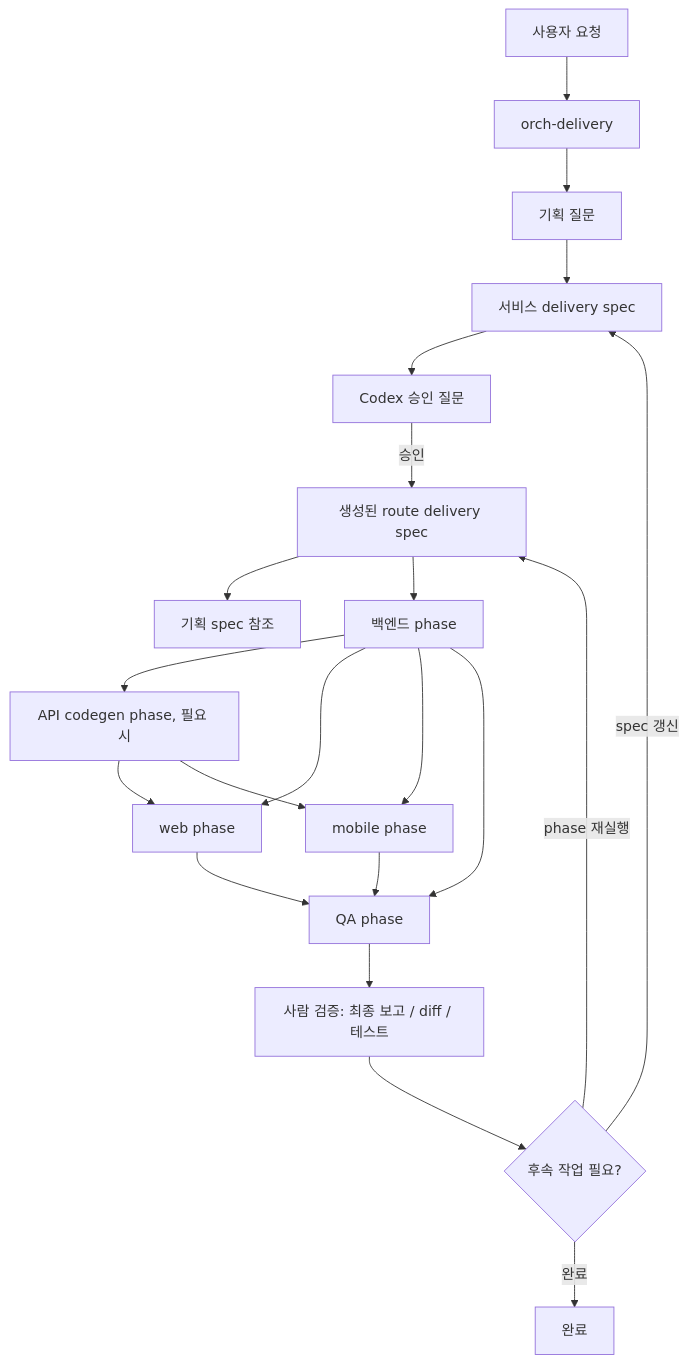
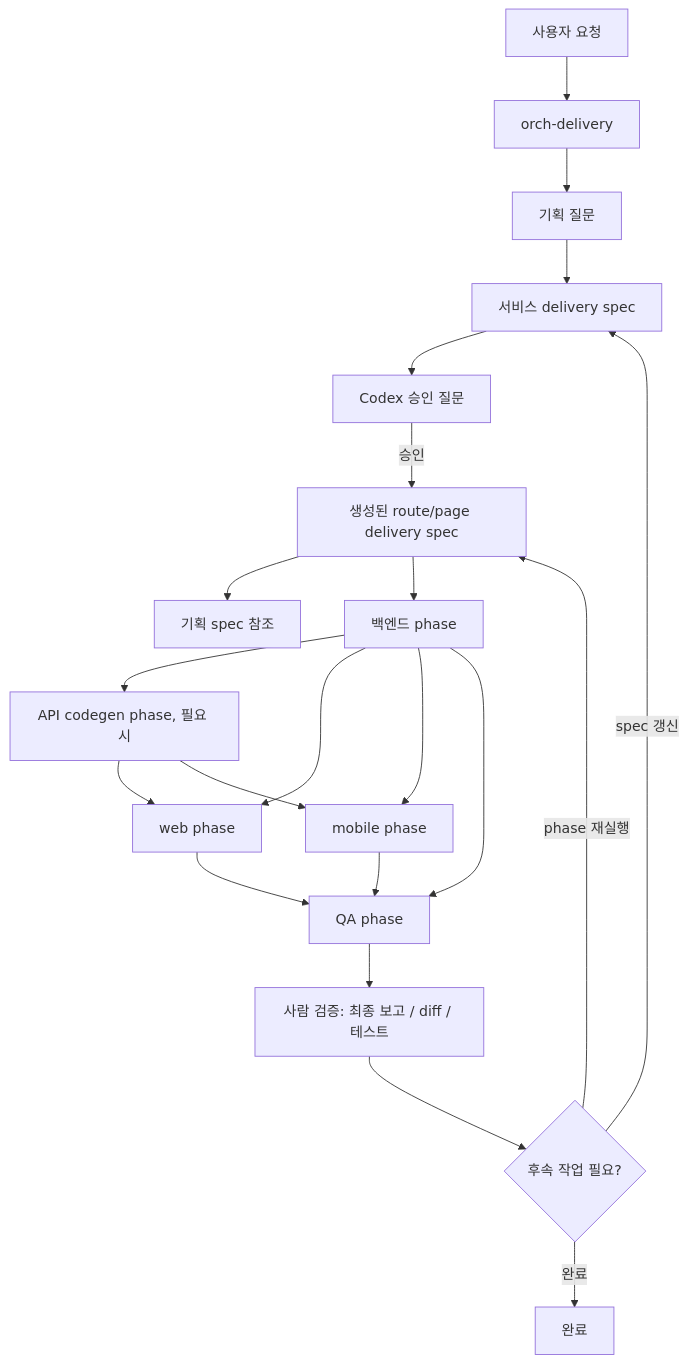
One commit to kimjoongwon/prj-core changed the first of 6 diagrams in docs/orchestration-agent-relationship-flow.md. Above: the diagram before and after it, drawn with Mermaid. The commit also changed other lines of this file and 1483 other files, not shown here.

````diff
--- a/docs/orchestration-agent-relationship-flow.md
+++ b/docs/orchestration-agent-relationship-flow.md
@@ -10,24 +10,24 @@
 ```mermaid
 flowchart TD
   Request["사용자 요청"] --> Delivery["orch-delivery"]
   Delivery --> Discovery["기획 질문"]
   Discovery --> ServiceSpec["서비스 delivery spec"]
   ServiceSpec --> Ask["Codex 승인 질문"]
-  Ask -->|승인| RouteSpecs["생성된 route delivery spec"]
+  Ask -->|승인| RouteSpecs["생성된 route/page delivery spec"]
   RouteSpecs --> Planning["기획 spec 참조"]
   RouteSpecs --> Backend["백엔드 phase"]
   Backend --> Codegen["API codegen phase, 필요 시"]
   Codegen --> Web["web phase"]
   Codegen --> Mobile["mobile phase"]
   Backend --> Web
   Backend --> Mobile
   Web --> QA["QA phase"]
   Mobile --> QA
   Backend --> QA
 
   QA --> HumanReview["사람 검증: 최종 보고 / diff / 테스트"]
   HumanReview --> Decision{"후속 작업 필요?"}
   Decision -->|spec 갱신| ServiceSpec
   Decision -->|phase 재실행| RouteSpecs
   Decision -->|완료| Done["완료"]
 ```
````
